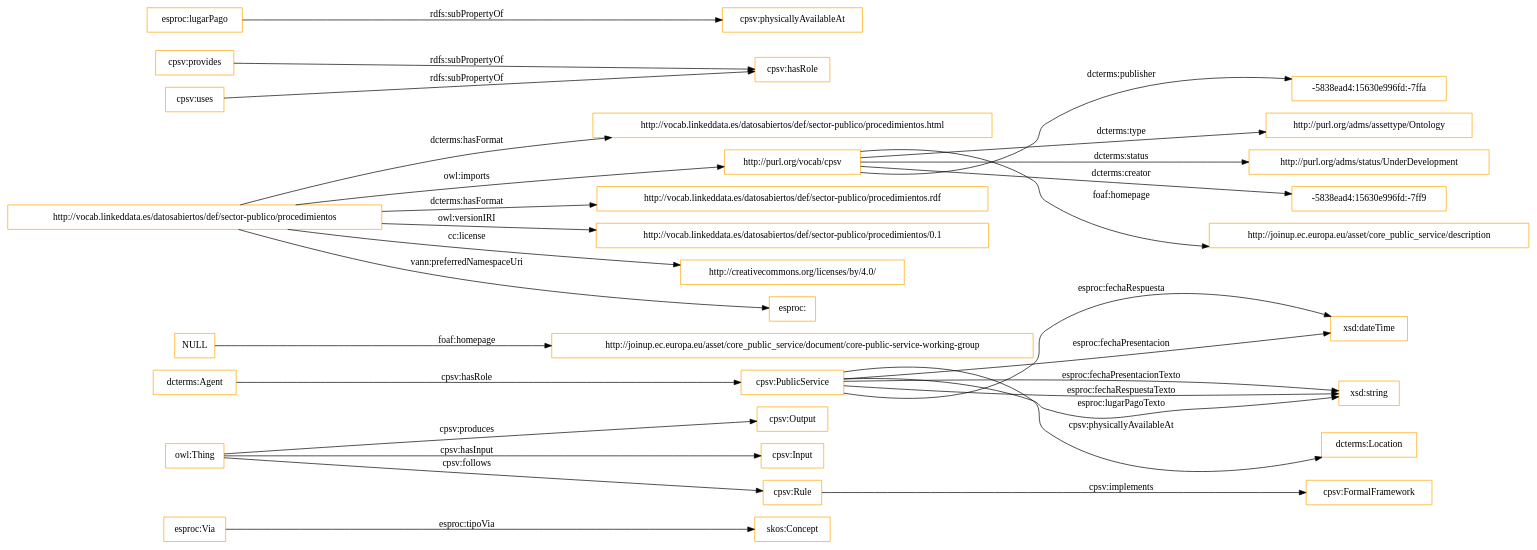
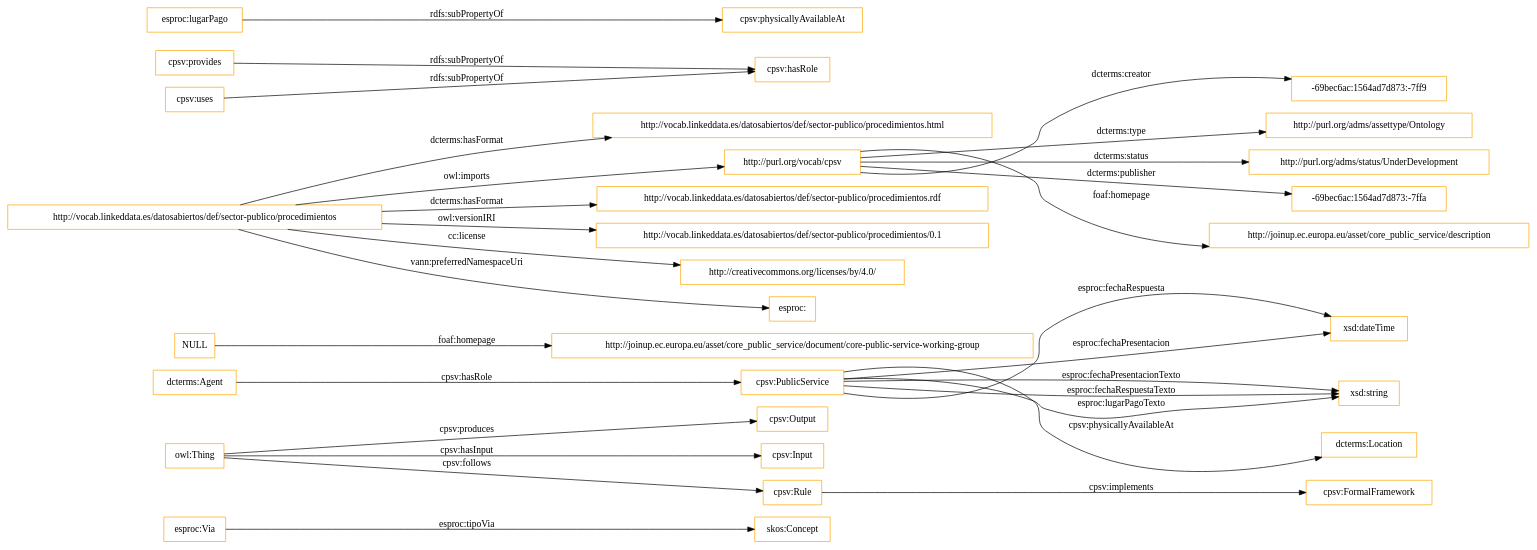
One commit to opencitydata/sector-publico-servicio changed the diagram in OnToology/procedimientos.owl/diagrams/ar2dtool-class/procedimientos.owl.png.dot. Above: the diagram before and after it, drawn with Graphviz. The commit also changed 30 other files, not shown here.

```diff
--- a/OnToology/procedimientos.owl/diagrams/ar2dtool-class/procedimientos.owl.png.dot
+++ b/OnToology/procedimientos.owl/diagrams/ar2dtool-class/procedimientos.owl.png.dot
@@ -1,33 +1,33 @@
 digraph ar2dtool_diagram { 
 rankdir=LR;
 size="1501"
 node [shape = rectangle, color="orange"]; "skos:Concept" "cpsv:FormalFramework" "cpsv:Output" "cpsv:Input" "cpsv:Rule" "cpsv:PublicService" ; /*classes style*/
 	"NULL" -> "http://joinup.ec.europa.eu/asset/core_public_service/document/core-public-service-working-group" [ label = "foaf:homepage" ];
 	"http://vocab.linkeddata.es/datosabiertos/def/sector-publico/procedimientos" -> "http://vocab.linkeddata.es/datosabiertos/def/sector-publico/procedimientos.html" [ label = "dcterms:hasFormat" ];
 	"http://vocab.linkeddata.es/datosabiertos/def/sector-publico/procedimientos" -> "http://purl.org/vocab/cpsv" [ label = "owl:imports" ];
 	"http://vocab.linkeddata.es/datosabiertos/def/sector-publico/procedimientos" -> "http://vocab.linkeddata.es/datosabiertos/def/sector-publico/procedimientos.rdf" [ label = "dcterms:hasFormat" ];
 	"http://vocab.linkeddata.es/datosabiertos/def/sector-publico/procedimientos" -> "http://vocab.linkeddata.es/datosabiertos/def/sector-publico/procedimientos/0.1" [ label = "owl:versionIRI" ];
 	"http://vocab.linkeddata.es/datosabiertos/def/sector-publico/procedimientos" -> "http://creativecommons.org/licenses/by/4.0/" [ label = "cc:license" ];
 	"http://vocab.linkeddata.es/datosabiertos/def/sector-publico/procedimientos" -> "esproc:" [ label = "vann:preferredNamespaceUri" ];
 	"cpsv:provides" -> "cpsv:hasRole" [ label = "rdfs:subPropertyOf" ];
-	"http://purl.org/vocab/cpsv" -> "-5838ead4:15630e996fd:-7ffa" [ label = "dcterms:publisher" ];
+	"http://purl.org/vocab/cpsv" -> "-69bec6ac:1564ad7d873:-7ff9" [ label = "dcterms:creator" ];
 	"http://purl.org/vocab/cpsv" -> "http://purl.org/adms/assettype/Ontology" [ label = "dcterms:type" ];
 	"http://purl.org/vocab/cpsv" -> "http://purl.org/adms/status/UnderDevelopment" [ label = "dcterms:status" ];
-	"http://purl.org/vocab/cpsv" -> "-5838ead4:15630e996fd:-7ff9" [ label = "dcterms:creator" ];
+	"http://purl.org/vocab/cpsv" -> "-69bec6ac:1564ad7d873:-7ffa" [ label = "dcterms:publisher" ];
 	"http://purl.org/vocab/cpsv" -> "http://joinup.ec.europa.eu/asset/core_public_service/description" [ label = "foaf:homepage" ];
 	"cpsv:uses" -> "cpsv:hasRole" [ label = "rdfs:subPropertyOf" ];
 	"esproc:lugarPago" -> "cpsv:physicallyAvailableAt" [ label = "rdfs:subPropertyOf" ];
 	"cpsv:PublicService" -> "xsd:dateTime" [ label = "esproc:fechaRespuesta" ];
 	"owl:Thing" -> "cpsv:Input" [ label = "cpsv:hasInput" ];
 	"esproc:Via" -> "skos:Concept" [ label = "esproc:tipoVia" ];
 	"cpsv:Rule" -> "cpsv:FormalFramework" [ label = "cpsv:implements" ];
 	"cpsv:PublicService" -> "xsd:string" [ label = "esproc:fechaPresentacionTexto" ];
 	"cpsv:PublicService" -> "xsd:string" [ label = "esproc:fechaRespuestaTexto" ];
 	"dcterms:Agent" -> "cpsv:PublicService" [ label = "cpsv:hasRole" ];
 	"cpsv:PublicService" -> "dcterms:Location" [ label = "cpsv:physicallyAvailableAt" ];
 	"owl:Thing" -> "cpsv:Rule" [ label = "cpsv:follows" ];
 	"owl:Thing" -> "cpsv:Output" [ label = "cpsv:produces" ];
 	"cpsv:PublicService" -> "xsd:string" [ label = "esproc:lugarPagoTexto" ];
 	"cpsv:PublicService" -> "xsd:dateTime" [ label = "esproc:fechaPresentacion" ];
 
 }
```
